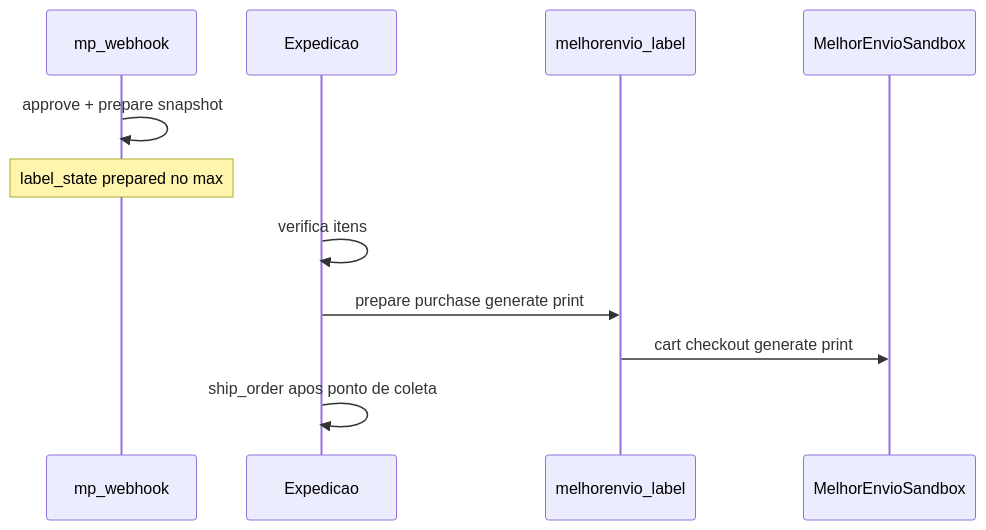
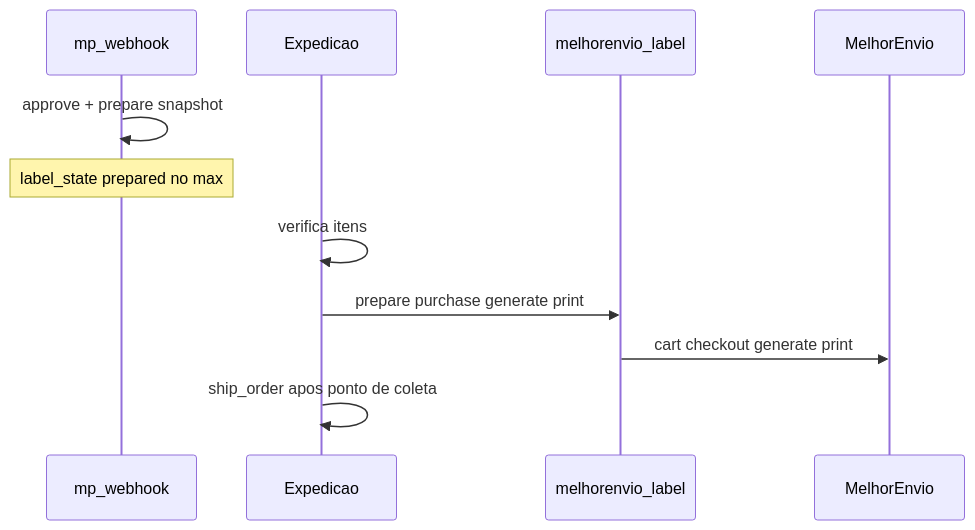
The second of 2 diagrams in docs/planejamento/FAL_PLANO_FUNCIONAL_LOGISTICA_MEDIDAS_2026-11-04.md (efe777-creator/FAL-PECAS-AUTOMOTIVAS), drawn with Mermaid before and after one commit. The commit also changed other lines of this file and 25 other files, not shown here.

````diff
--- a/docs/planejamento/FAL_PLANO_FUNCIONAL_LOGISTICA_MEDIDAS_2026-11-04.md
+++ b/docs/planejamento/FAL_PLANO_FUNCIONAL_LOGISTICA_MEDIDAS_2026-11-04.md
@@ -187,14 +206,14 @@
 ```mermaid
 sequenceDiagram
   participant MP as mp_webhook
   participant Ops as Expedicao
   participant Label as melhorenvio_label
-  participant ME as MelhorEnvioSandbox
+  participant ME as MelhorEnvio
 
   MP->>MP: approve + prepare snapshot
   Note over MP: label_state prepared no max
   Ops->>Ops: verifica itens
   Ops->>Label: prepare purchase generate print
   Label->>ME: cart checkout generate print
   Ops->>Ops: ship_order apos ponto de coleta
 ```
````
